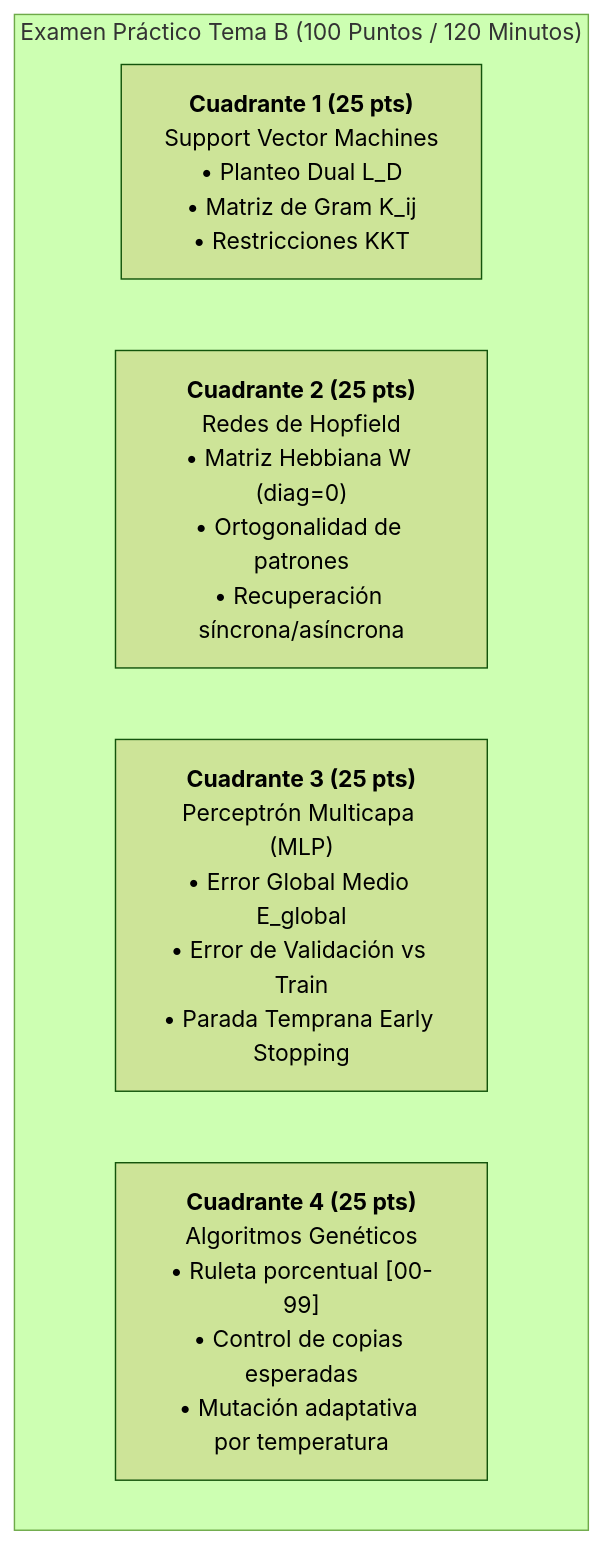
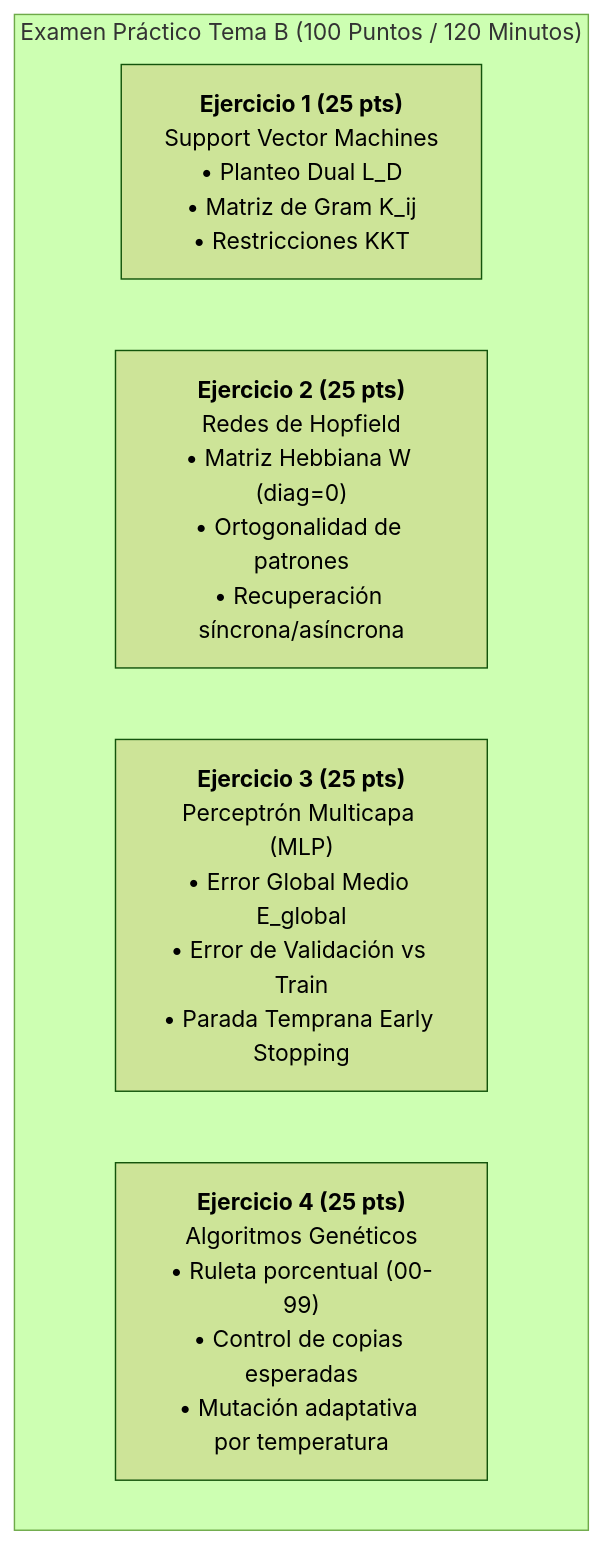
The diagram in SIMULACROS/SIMULACRO_TEMA_B.md (FranDSchz/ia-segundo-parcial-utn-frre), drawn with Mermaid (forest theme) before and after one commit. The commit also changed other lines of this file and 15 other files, not shown here.

Commit message:
fix(qa): Auditoria integral KaTeX, validacion 23 Mermaid, matriz de estudio autogestionada, redenominacion de estructuras de tabulacion y purga anti-dogma

````diff
--- a/SIMULACROS/SIMULACRO_TEMA_B.md
+++ b/SIMULACROS/SIMULACRO_TEMA_B.md
@@ -19,9 +30,9 @@
 ```mermaid
 flowchart TD
     subgraph Examen_Practico_Tema_B["Examen Práctico Tema B (100 Puntos / 120 Minutos)"]
-        Q1["<b>Cuadrante 1 (25 pts)</b><br>Support Vector Machines<br>• Planteo Dual L_D<br>• Matriz de Gram K_ij<br>• Restricciones KKT"]
-        Q2["<b>Cuadrante 2 (25 pts)</b><br>Redes de Hopfield<br>• Matriz Hebbiana W (diag=0)<br>• Ortogonalidad de patrones<br>• Recuperación síncrona/asíncrona"]
-        Q3["<b>Cuadrante 3 (25 pts)</b><br>Perceptrón Multicapa (MLP)<br>• Error Global Medio E_global<br>• Error de Validación vs Train<br>• Parada Temprana Early Stopping"]
-        Q4["<b>Cuadrante 4 (25 pts)</b><br>Algoritmos Genéticos<br>• Ruleta porcentual [00-99]<br>• Control de copias esperadas<br>• Mutación adaptativa por temperatura"]
+        Q1["<b>Ejercicio 1 (25 pts)</b><br>Support Vector Machines<br>• Planteo Dual L_D<br>• Matriz de Gram K_ij<br>• Restricciones KKT"]
+        Q2["<b>Ejercicio 2 (25 pts)</b><br>Redes de Hopfield<br>• Matriz Hebbiana W (diag=0)<br>• Ortogonalidad de patrones<br>• Recuperación síncrona/asíncrona"]
+        Q3["<b>Ejercicio 3 (25 pts)</b><br>Perceptrón Multicapa (MLP)<br>• Error Global Medio E_global<br>• Error de Validación vs Train<br>• Parada Temprana Early Stopping"]
+        Q4["<b>Ejercicio 4 (25 pts)</b><br>Algoritmos Genéticos<br>• Ruleta porcentual (00-99)<br>• Control de copias esperadas<br>• Mutación adaptativa por temperatura"]
     end
 ```
````
